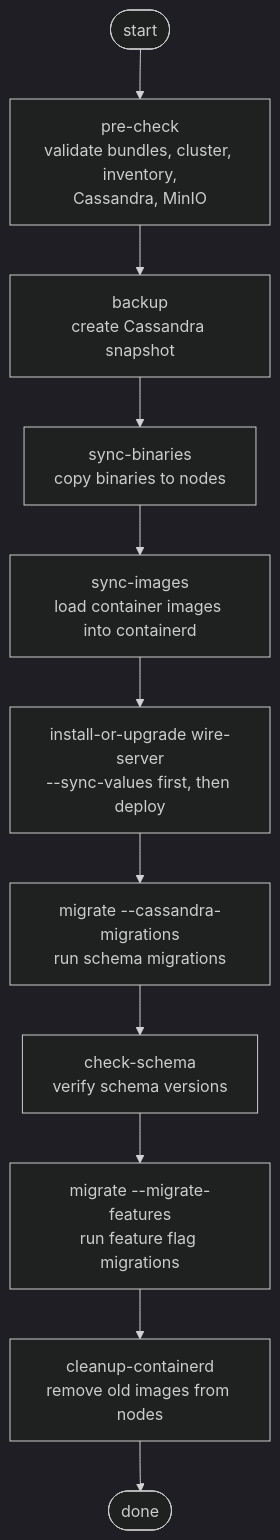
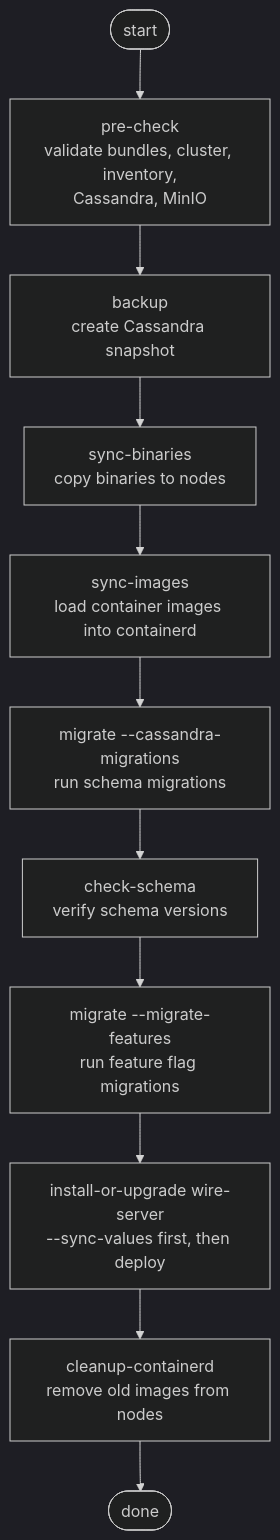
One commit to wireapp/wire-upgrade-tool changed the first of 4 diagrams in README.md. Above: the diagram before and after it, drawn with Mermaid (dark theme).

Commit message:
docs: fix upgrade sequence order and Mermaid line breaks
- Run cassandra-migrations and check-schema before wire-server install
- Run migrate-features before install-or-upgrade wire-server
- Fix Mermaid node labels: use <br/> instead of \n for line breaks

````diff
--- a/README.md
+++ b/README.md
@@ -189,13 +189,13 @@
 ```mermaid
 flowchart TD
-    A([start]) --> B[pre-check\nvalidate bundles, cluster, inventory,\nCassandra, MinIO]
-    B --> C[backup\ncreate Cassandra snapshot]
-    C --> D[sync-binaries\ncopy binaries to nodes]
-    D --> E[sync-images\nload container images into containerd]
-    E --> F[install-or-upgrade wire-server\n--sync-values first, then deploy]
-    F --> G[migrate --cassandra-migrations\nrun schema migrations]
-    G --> H[check-schema\nverify schema versions]
-    H --> I[migrate --migrate-features\nrun feature flag migrations]
-    I --> J[cleanup-containerd\nremove old images from nodes]
+    A([start]) --> B["pre-check<br/>validate bundles, cluster, inventory,<br/>Cassandra, MinIO"]
+    B --> C["backup<br/>create Cassandra snapshot"]
+    C --> D["sync-binaries<br/>copy binaries to nodes"]
+    D --> E["sync-images<br/>load container images into containerd"]
+    E --> F["migrate --cassandra-migrations<br/>run schema migrations"]
+    F --> G["check-schema<br/>verify schema versions"]
+    G --> H["migrate --migrate-features<br/>run feature flag migrations"]
+    H --> I["install-or-upgrade wire-server<br/>--sync-values first, then deploy"]
+    I --> J["cleanup-containerd<br/>remove old images from nodes"]
     J --> K([done])
 ```
````
